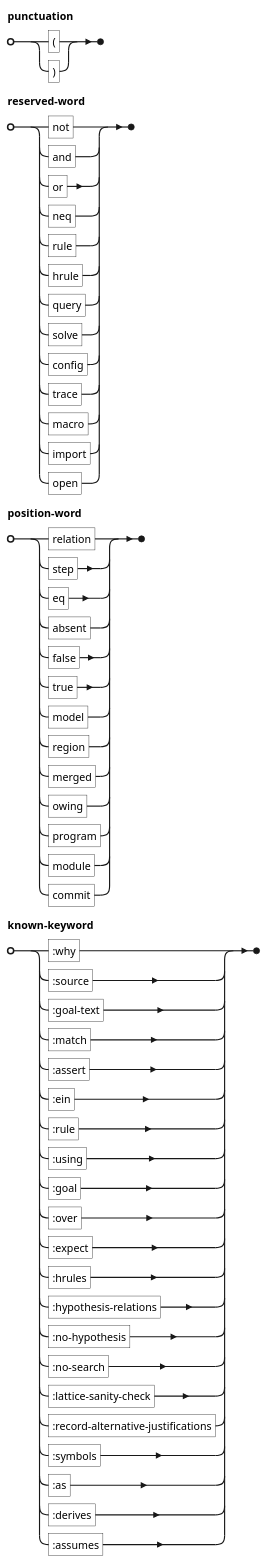
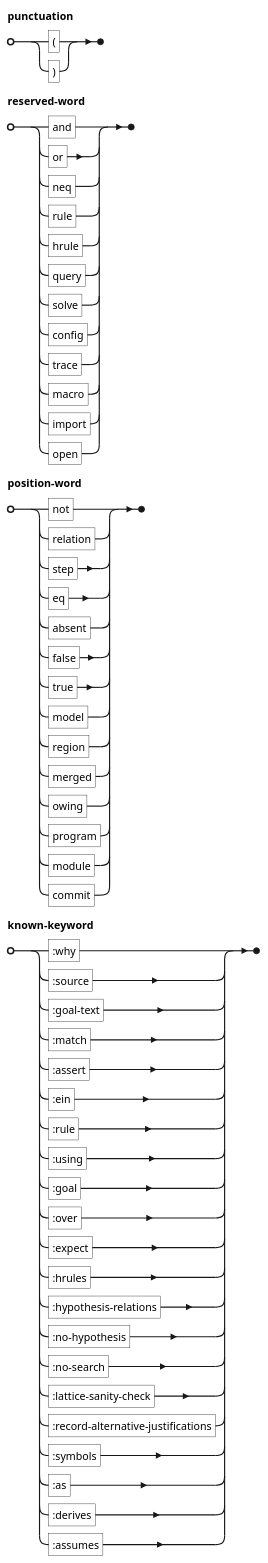
One commit to agutikov/ein changed the diagram in docs/ein/user/04-reference/diagrams/01-grammar-lexical-own-text.puml. Above: the diagram before and after it, drawn with PlantUML. The commit also changed 23 other files, not shown here.

First line of the commit message:
false and not are the standard library's names: not is a position word, a name wherever a name goes but a head, and a relation, a rule, an hrule and an alias may bind either; a macro may not (Q-M1f.557; S1f.21.11, task 2.3).

```diff
--- a/docs/ein/user/04-reference/diagrams/01-grammar-lexical-own-text.puml
+++ b/docs/ein/user/04-reference/diagrams/01-grammar-lexical-own-text.puml
@@ -1,14 +1,14 @@
 @startebnf
 punctuation = "(" | ")" ;
 reserved-word =
-    "not" | "and" | "or" | "neq" | "rule" | "hrule" | "query" | "solve" | "config" | "trace"
-  | "macro" | "import" | "open" ;
+    "and" | "or" | "neq" | "rule" | "hrule" | "query" | "solve" | "config" | "trace" | "macro"
+  | "import" | "open" ;
 position-word =
-    "relation" | "step" | "eq" | "absent" | "false" | "true" | "model" | "region" | "merged"
+    "not" | "relation" | "step" | "eq" | "absent" | "false" | "true" | "model" | "region" | "merged"
   | "owing" | "program" | "module" | "commit" ;
 known-keyword =
     ":why" | ":source" | ":goal-text" | ":match" | ":assert" | ":ein" | ":rule" | ":using" | ":goal"
   | ":over" | ":expect" | ":hrules" | ":hypothesis-relations" | ":no-hypothesis" | ":no-search"
   | ":lattice-sanity-check" | ":record-alternative-justifications" | ":symbols" | ":as" | ":derives"
   | ":assumes" ;
 @endebnf
```
